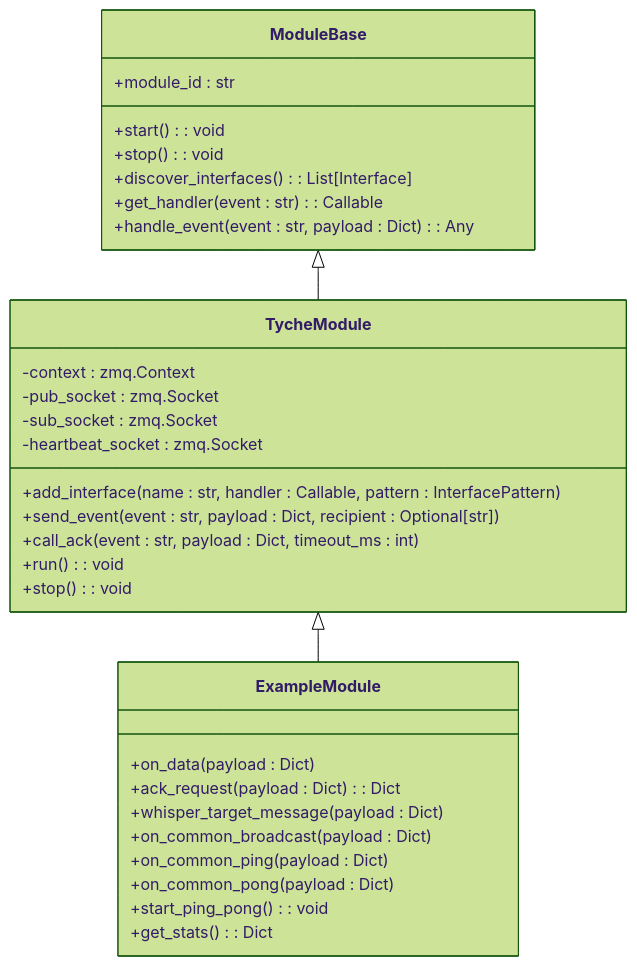
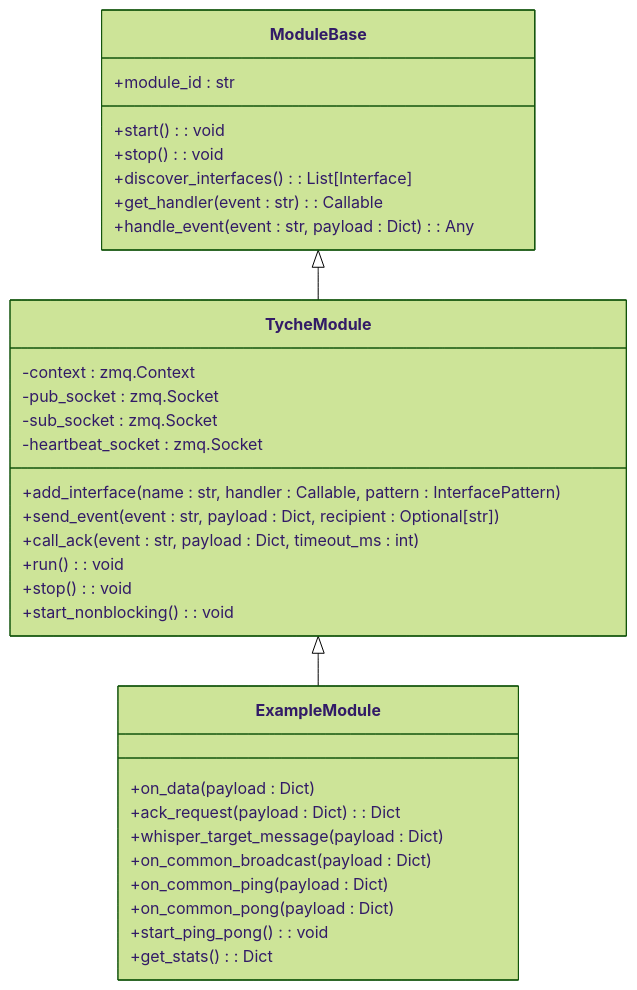
Before and after one commit to zt281/TycheEngine: the fourth of 7 diagrams in .qoder/repowiki/en/content/Core Components/TycheModule System.md, drawn with Mermaid (forest theme). The commit also changed other lines of this file and 5 other files, not shown here.

````diff
--- a/.qoder/repowiki/en/content/Core Components/TycheModule System.md
+++ b/.qoder/repowiki/en/content/Core Components/TycheModule System.md
@@ -224,34 +246,35 @@
 ```mermaid
 classDiagram
 class ModuleBase {
 +module_id : str
 +start() : void
 +stop() : void
 +discover_interfaces() : List[Interface]
 +get_handler(event : str) : Callable
 +handle_event(event : str, payload : Dict) : Any
 }
 class TycheModule {
 -context : zmq.Context
 -pub_socket : zmq.Socket
 -sub_socket : zmq.Socket
 -heartbeat_socket : zmq.Socket
 +add_interface(name : str, handler : Callable, pattern : InterfacePattern)
 +send_event(event : str, payload : Dict, recipient : Optional[str])
 +call_ack(event : str, payload : Dict, timeout_ms : int)
 +run() : void
 +stop() : void
++start_nonblocking() : void
 }
 class ExampleModule {
 +on_data(payload : Dict)
 +ack_request(payload : Dict) : Dict
 +whisper_target_message(payload : Dict)
 +on_common_broadcast(payload : Dict)
 +on_common_ping(payload : Dict)
 +on_common_pong(payload : Dict)
 +start_ping_pong() : void
 +get_stats() : Dict
 }
 ModuleBase <|-- TycheModule
 TycheModule <|-- ExampleModule
 ```
````
